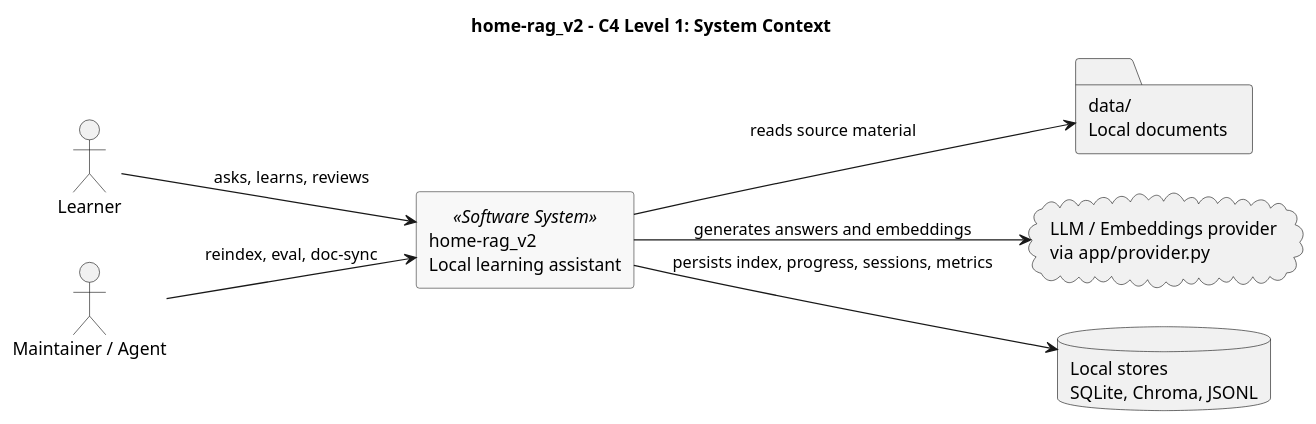
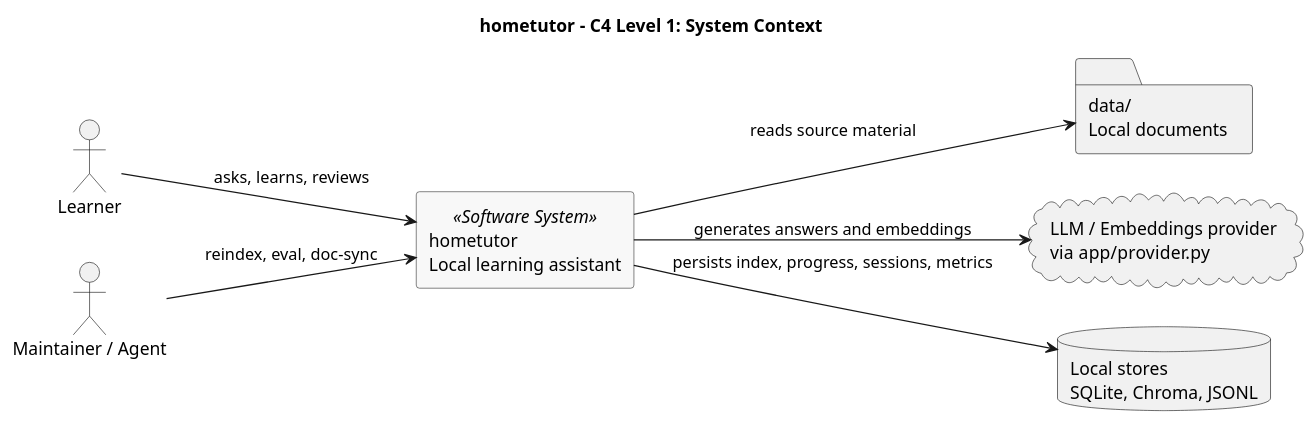
The first of 12 diagrams in doc/architecture.md (ktolmachov/hometutor-studio), drawn with PlantUML before and after one commit. The commit also changed other lines of this file and 119 other files, not shown here.

````diff
--- a/doc/architecture.md
+++ b/doc/architecture.md
@@ -16,27 +16,27 @@
 ```plantuml
 @startuml
-title home-rag_v2 - C4 Level 1: System Context
+title hometutor - C4 Level 1: System Context
 left to right direction
 skinparam shadowing false
 skinparam rectangle {
   BorderColor #3A3A3A
   BackgroundColor #F8F8F8
 }
 
 actor Learner as "Learner"
 actor Maintainer as "Maintainer / Agent"
 
-rectangle "home-rag_v2\nLocal learning assistant" as System <<Software System>> {
+rectangle "hometutor\nLocal learning assistant" as System <<Software System>> {
 }
 
 folder "data/\nLocal documents" as Data
 cloud "LLM / Embeddings provider\nvia app/provider.py" as Provider
 database "Local stores\nSQLite, Chroma, JSONL" as Stores
 
 Learner --> System : asks, learns, reviews
 Maintainer --> System : reindex, eval, doc-sync
 System --> Data : reads source material
 System --> Provider : generates answers and embeddings
 System --> Stores : persists index, progress, sessions, metrics
 @enduml
 ```
````
